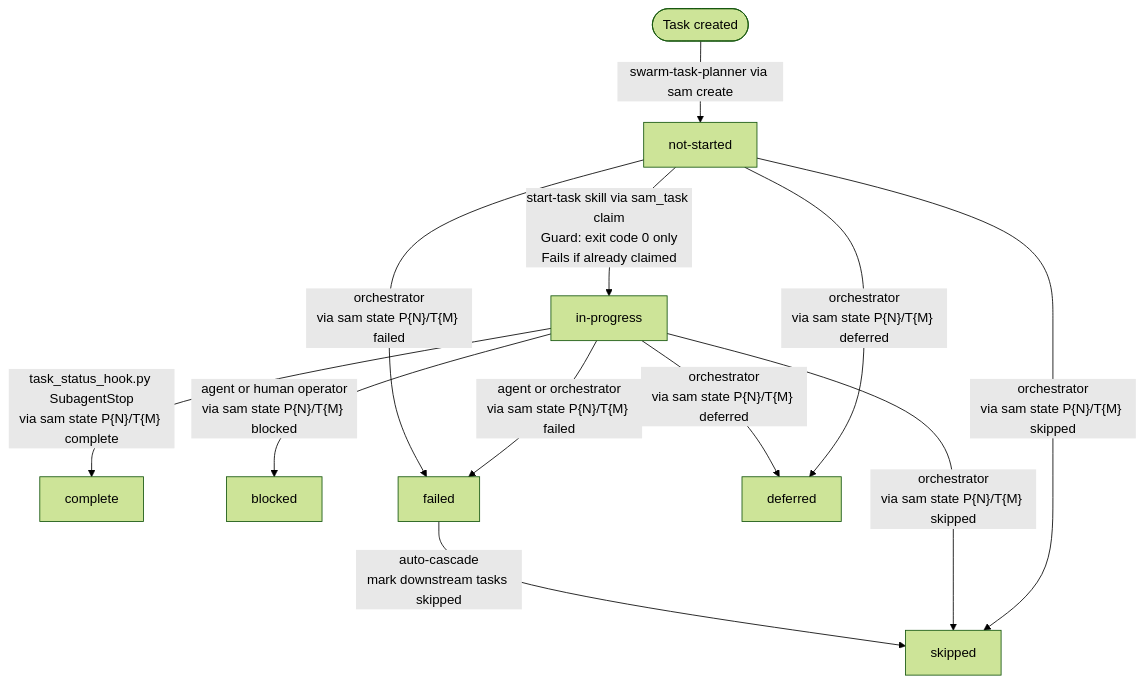
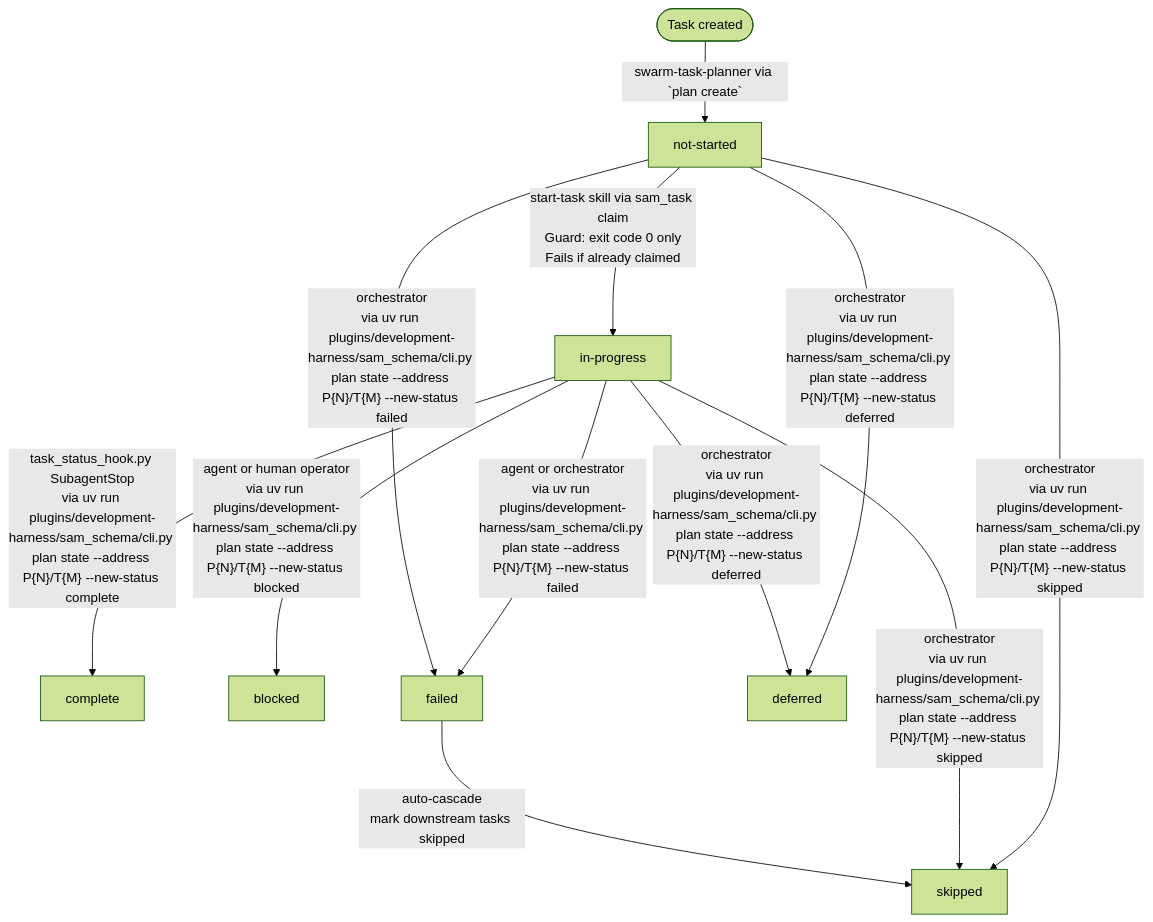
The second of 5 diagrams in plugins/development-harness/docs/workflow-architecture-diagram.md (Jamie-BitFlight/claude_skills), drawn with Mermaid (forest theme) before and after one commit. The commit also changed other lines of this file and 27 other files, not shown here.

````diff
--- a/plugins/development-harness/docs/workflow-architecture-diagram.md
+++ b/plugins/development-harness/docs/workflow-architecture-diagram.md
@@ -306,14 +306,14 @@
 ```mermaid
 flowchart TD
-    Created([Task created]) -->|"swarm-task-planner via sam create"| NS[not-started]
+    Created([Task created]) -->|"swarm-task-planner via `plan create`"| NS[not-started]
     NS -->|"start-task skill via sam_task claim<br>Guard: exit code 0 only<br>Fails if already claimed"| IP[in-progress]
-    IP -->|"task_status_hook.py SubagentStop<br>via sam state P{N}/T{M} complete"| CO[complete]
-    IP -->|"agent or human operator<br>via sam state P{N}/T{M} blocked"| BL[blocked]
-    IP -->|"agent or orchestrator<br>via sam state P{N}/T{M} failed"| FA[failed]
-    NS -->|"orchestrator<br>via sam state P{N}/T{M} deferred"| DE[deferred]
-    NS -->|"orchestrator<br>via sam state P{N}/T{M} skipped"| SK[skipped]
-    NS -->|"orchestrator<br>via sam state P{N}/T{M} failed"| FA
-    IP -->|"orchestrator<br>via sam state P{N}/T{M} deferred"| DE
-    IP -->|"orchestrator<br>via sam state P{N}/T{M} skipped"| SK
+    IP -->|"task_status_hook.py SubagentStop<br>via uv run plugins/development-harness/sam_schema/cli.py plan state --address P{N}/T{M} --new-status complete"| CO[complete]
+    IP -->|"agent or human operator<br>via uv run plugins/development-harness/sam_schema/cli.py plan state --address P{N}/T{M} --new-status blocked"| BL[blocked]
+    IP -->|"agent or orchestrator<br>via uv run plugins/development-harness/sam_schema/cli.py plan state --address P{N}/T{M} --new-status failed"| FA[failed]
+    NS -->|"orchestrator<br>via uv run plugins/development-harness/sam_schema/cli.py plan state --address P{N}/T{M} --new-status deferred"| DE[deferred]
+    NS -->|"orchestrator<br>via uv run plugins/development-harness/sam_schema/cli.py plan state --address P{N}/T{M} --new-status skipped"| SK[skipped]
+    NS -->|"orchestrator<br>via uv run plugins/development-harness/sam_schema/cli.py plan state --address P{N}/T{M} --new-status failed"| FA
+    IP -->|"orchestrator<br>via uv run plugins/development-harness/sam_schema/cli.py plan state --address P{N}/T{M} --new-status deferred"| DE
+    IP -->|"orchestrator<br>via uv run plugins/development-harness/sam_schema/cli.py plan state --address P{N}/T{M} --new-status skipped"| SK
     FA -->|"auto-cascade<br>mark downstream tasks skipped"| SK
 ```
````
